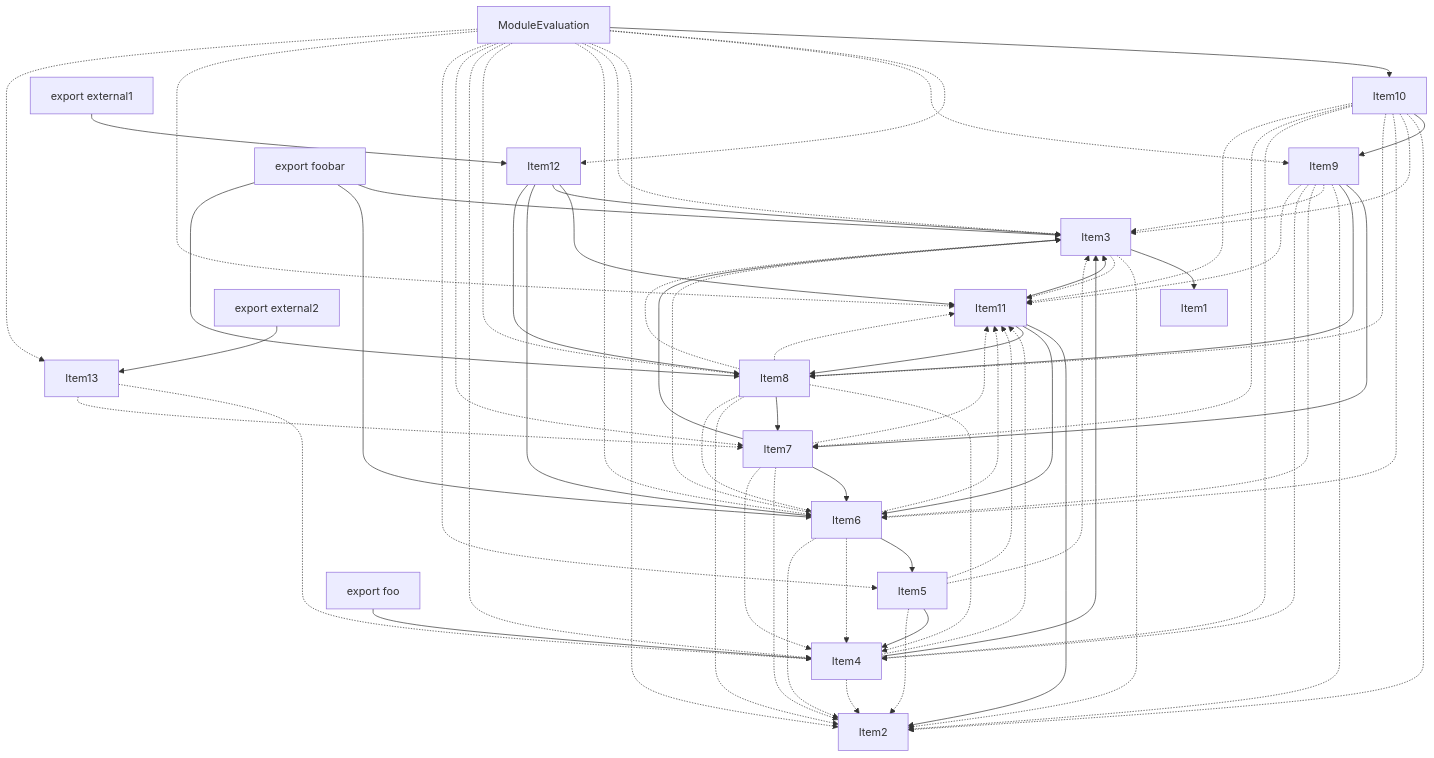
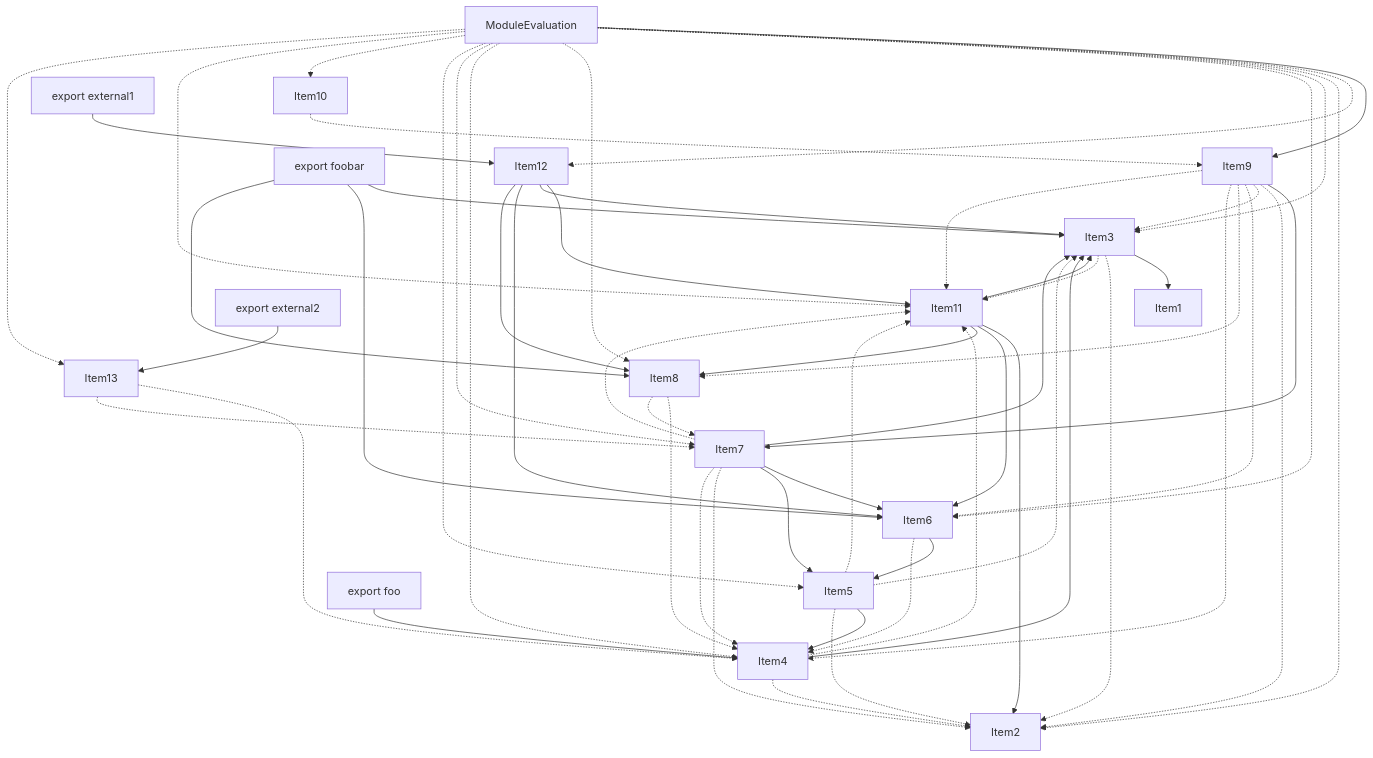
Before and after one commit to vercel/turborepo: the fourth of 4 diagrams in crates/turbopack-ecmascript/tests/tree-shaker/analyzer/1/output.md, drawn with Mermaid. The commit also changed other lines of this file and 2 other files, not shown here.

```diff
--- a/crates/turbopack-ecmascript/tests/tree-shaker/analyzer/1/output.md
+++ b/crates/turbopack-ecmascript/tests/tree-shaker/analyzer/1/output.md
@@ -353,35 +324,22 @@
     Item5 -.-> Item11;
     Item6 --> Item5;
     Item6 -.-> Item4;
-    Item6 -.-> Item2;
-    Item6 -.-> Item3;
-    Item6 -.-> Item11;
     Item7 --> Item3;
     Item7 --> Item6;
+    Item7 --> Item5;
     Item7 -.-> Item2;
     Item7 -.-> Item4;
     Item7 -.-> Item11;
     Item8 -.-> Item4;
-    Item8 --> Item7;
-    Item8 -.-> Item2;
-    Item8 -.-> Item3;
-    Item8 -.-> Item6;
-    Item8 -.-> Item11;
+    Item8 -.-> Item7;
     Item9 --> Item7;
-    Item9 --> Item8;
     Item9 -.-> Item2;
     Item9 -.-> Item3;
     Item9 -.-> Item6;
+    Item9 -.-> Item8;
     Item9 -.-> Item4;
     Item9 -.-> Item11;
-    Item10 --> Item9;
-    Item10 -.-> Item2;
-    Item10 -.-> Item3;
-    Item10 -.-> Item6;
-    Item10 -.-> Item8;
-    Item10 -.-> Item4;
-    Item10 -.-> Item7;
-    Item10 -.-> Item11;
+    Item10 -.-> Item9;
     Item11 --> Item2;
     Item11 --> Item3;
     Item11 --> Item6;
@@ -392,9 +350,8 @@
     Item12 --> Item8;
     Item13 -.-> Item4;
     Item13 -.-> Item7;
-    Item14 --> Item10;
+    Item14 --> Item9;
     Item14 -.-> Item12;
-    Item14 -.-> Item9;
     Item14 -.-> Item2;
     Item14 -.-> Item3;
     Item14 -.-> Item6;
@@ -402,6 +359,7 @@
     Item14 -.-> Item4;
     Item14 -.-> Item7;
     Item14 -.-> Item5;
+    Item14 -.-> Item10;
     Item14 -.-> Item11;
     Item14 -.-> Item13;
     Item15 --> Item3;
```
